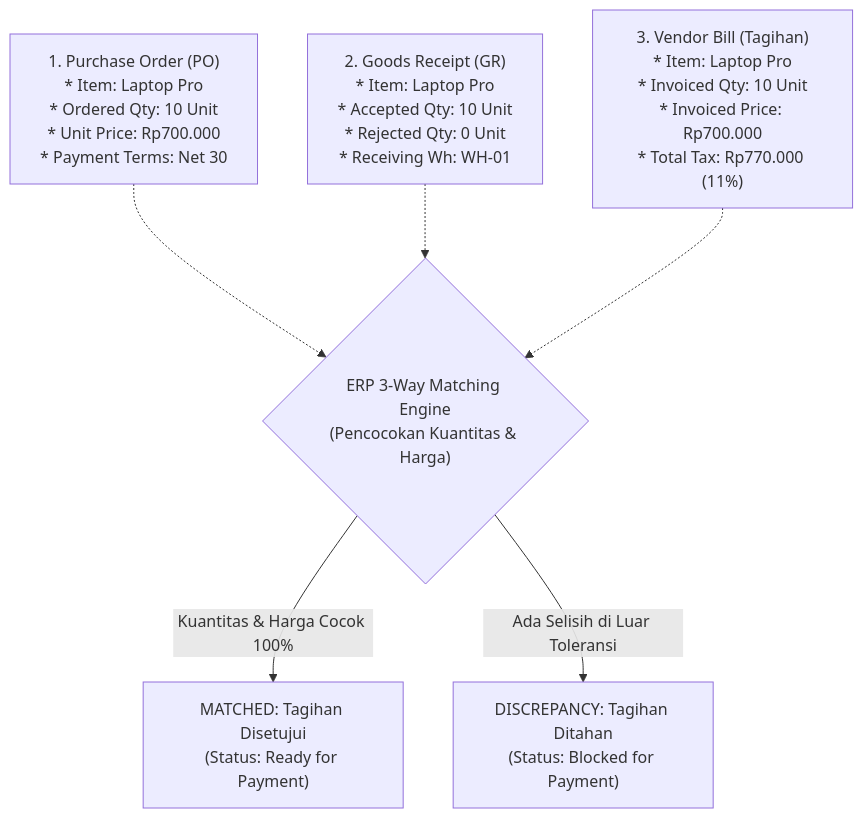
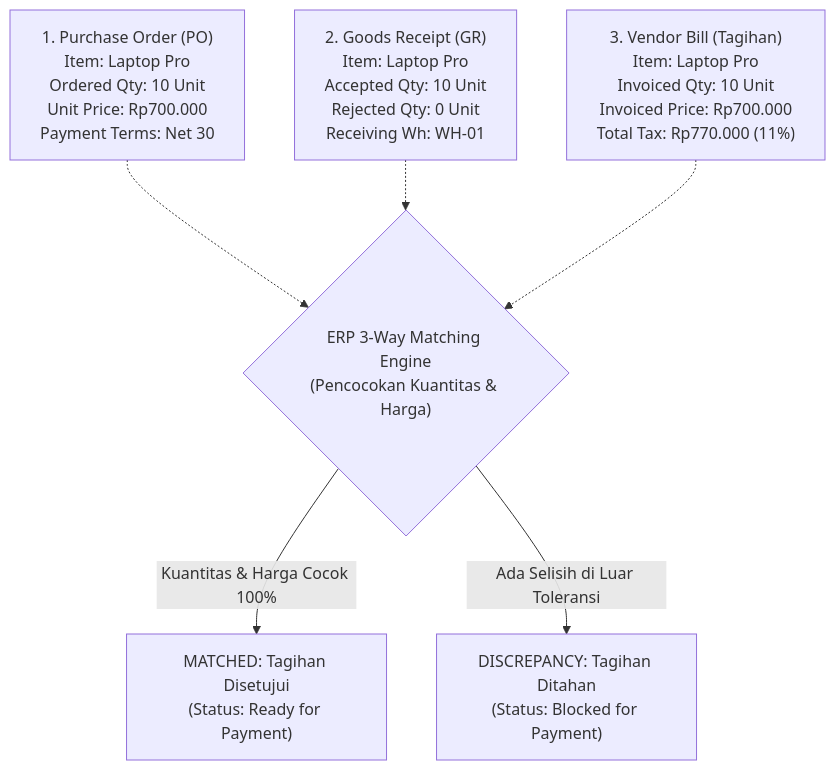
The first of 2 diagrams in content/04-purchasing/three-way-match.md (alimurrofid/erp-notes), drawn with Mermaid before and after one commit. The commit also changed other lines of this file and 59 other files, not shown here.

Commit message:
fix(content):enter character mermaid

````diff
--- a/content/04-purchasing/three-way-match.md
+++ b/content/04-purchasing/three-way-match.md
@@ -31,15 +31,15 @@
 ```mermaid
 flowchart TD
-    PO["1. Purchase Order (PO)\n* Item: Laptop Pro\n* Ordered Qty: 10 Unit\n* Unit Price: Rp700.000\n* Payment Terms: Net 30"]
+    PO["1. Purchase Order (PO)<br/>Item: Laptop Pro<br/>Ordered Qty: 10 Unit<br/>Unit Price: Rp700.000<br/>Payment Terms: Net 30"]
     
-    GR["2. Goods Receipt (GR)\n* Item: Laptop Pro\n* Accepted Qty: 10 Unit\n* Rejected Qty: 0 Unit\n* Receiving Wh: WH-01"]
+    GR["2. Goods Receipt (GR)<br/>Item: Laptop Pro<br/>Accepted Qty: 10 Unit<br/>Rejected Qty: 0 Unit<br/>Receiving Wh: WH-01"]
     
-    VB["3. Vendor Bill (Tagihan)\n* Item: Laptop Pro\n* Invoiced Qty: 10 Unit\n* Invoiced Price: Rp700.000\n* Total Tax: Rp770.000 (11%)"]
+    VB["3. Vendor Bill (Tagihan)<br/>Item: Laptop Pro<br/>Invoiced Qty: 10 Unit<br/>Invoiced Price: Rp700.000<br/>Total Tax: Rp770.000 (11%)"]
     
-    PO -.-> Engine{"ERP 3-Way Matching Engine\n(Pencocokan Kuantitas & Harga)"}
+    PO -.-> Engine{"ERP 3-Way Matching Engine<br/>(Pencocokan Kuantitas & Harga)"}
     GR -.-> Engine
     VB -.-> Engine
 
-    Engine -->|Kuantitas & Harga Cocok 100%| Pass["MATCHED: Tagihan Disetujui\n(Status: Ready for Payment)"]
-    Engine -->|Ada Selisih di Luar Toleransi| Block["DISCREPANCY: Tagihan Ditahan\n(Status: Blocked for Payment)"]
+    Engine -->|Kuantitas & Harga Cocok 100%| Pass["MATCHED: Tagihan Disetujui<br/>(Status: Ready for Payment)"]
+    Engine -->|Ada Selisih di Luar Toleransi| Block["DISCREPANCY: Tagihan Ditahan<br/>(Status: Blocked for Payment)"]
 ```
````
